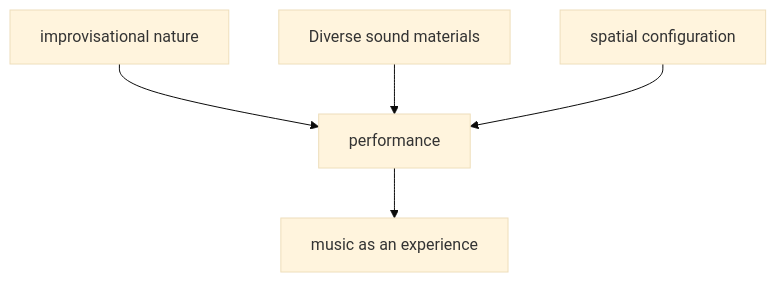
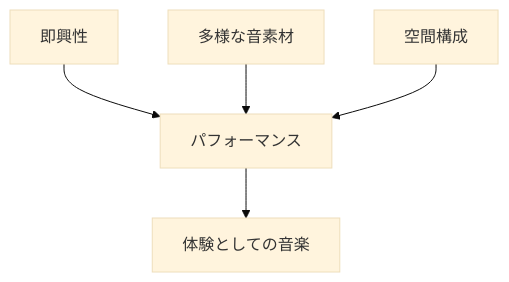
Before and after one commit to monumental-movement/monumental-movement.github.io: the first of 4 diagrams in en/_posts/2026-04-18-column-rubber-o-cement.md, drawn with Mermaid (base theme). The commit also changed other lines of this file and 2196 other files, not shown here.

```diff
--- a/en/_posts/2026-04-18-column-rubber-o-cement.md
+++ b/en/_posts/2026-04-18-column-rubber-o-cement.md
@@ -85,7 +84,7 @@
 <div class="mermaid">
 graph TD
-A[improvisational nature] --> D[performance]
-B[Diverse sound materials] --> D
-C[spatial configuration] --> D
-D --> E[music as an experience]
+A[即興性] --> D[パフォーマンス]
+B[多様な音素材] --> D
+C[空間構成] --> D
+D --> E[体験としての音楽]
 </div>
```
